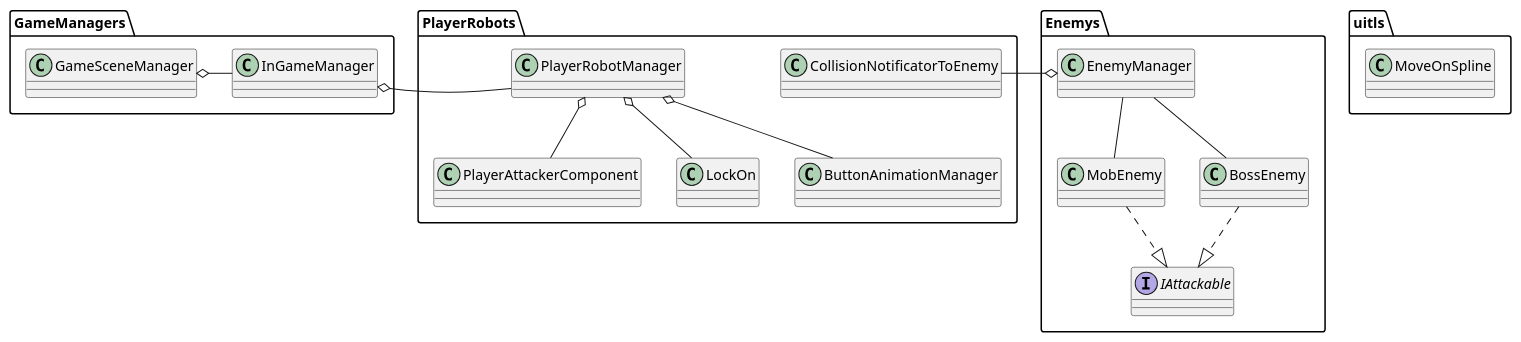
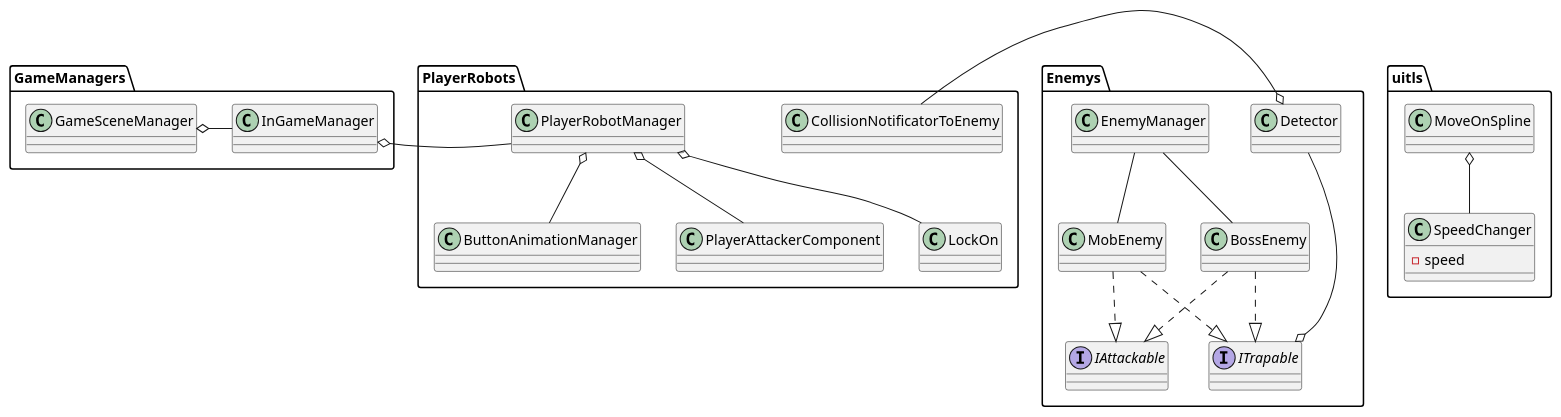
One commit to heller77/OneButton changed the diagram in Assets/ClassDiagram/Class.puml. Above: the diagram before and after it, drawn with PlantUML.

Commit message:
クラス図更新

```diff
--- a/Assets/ClassDiagram/Class.puml
+++ b/Assets/ClassDiagram/Class.puml
@@ -1,44 +1,56 @@
 @startuml
 
 
 namespace GameManagers{
     class GameSceneManager
     class InGameManager
 }
 
 namespace uitls{
+MoveOnSpline o-- SpeedChanger
     class MoveOnSpline
+    class SpeedChanger{
+         - speed
+    }
 }
 namespace Enemys{
     
     EnemyManager -- MobEnemy
     EnemyManager -- BossEnemy
     
     interface IAttackable
+    interface ITrapable
+    
     class EnemyManager
+    class Detector
     
     class MobEnemy
     class BossEnemy
+
     BossEnemy ..|> IAttackable
+    BossEnemy ..|> ITrapable
     MobEnemy ..|> IAttackable
+    MobEnemy ..|> ITrapable
+
 }
 
 namespace PlayerRobots{
     PlayerRobotManager o-- PlayerAttackerComponent
     PlayerRobotManager o-- LockOn
     PlayerRobotManager o-- ButtonAnimationManager
     
     class PlayerRobotManager 
     class PlayerAttackerComponent
     class LockOn
     class ButtonAnimationManager
     class CollisionNotificatorToEnemy
 }
 
 GameManagers.GameSceneManager o- GameManagers.InGameManager
-PlayerRobots.CollisionNotificatorToEnemy -o  Enemys.EnemyManager
+PlayerRobots.CollisionNotificatorToEnemy -o  Enemys.Detector
+Enemys.Detector ---o Enemys.ITrapable
 GameManagers.InGameManager o- PlayerRobots.PlayerRobotManager
 
 
 
 @enduml
```
